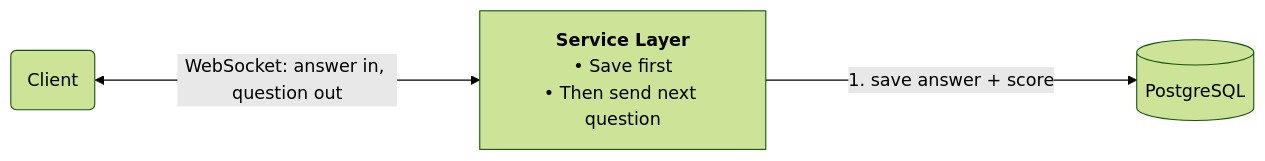
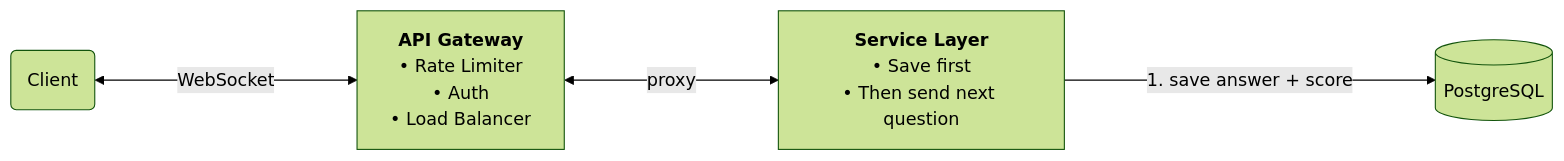
Before and after one commit to shivam-tamboli/GrillMyProject: the third of 4 diagrams in SYSTEM_DESIGN.md, drawn with Mermaid (forest theme). The commit also changed other lines of this file, not shown here.

Commit message:
fix remaining gaps — phases, diagrams, jwt, redis ttl, prompt injection clarification

````diff
--- a/SYSTEM_DESIGN.md
+++ b/SYSTEM_DESIGN.md
@@ -284,10 +294,12 @@
 ```mermaid
 %%{init: {'flowchart': {'nodeSpacing': 80, 'rankSpacing': 150}}}%%
 flowchart LR
     Client(Client)
+    GW["<b>API Gateway</b><br/>• Rate Limiter<br/>• Auth<br/>• Load Balancer"]
     SVC["<b>Service Layer</b><br/>• Save first<br/>• Then send next question"]
     PG[(PostgreSQL)]
 
-    Client <-->|WebSocket: answer in, question out| SVC
+    Client <-->|WebSocket| GW
+    GW <-->|proxy| SVC
     SVC -->|1. save answer + score| PG
 ```
````
